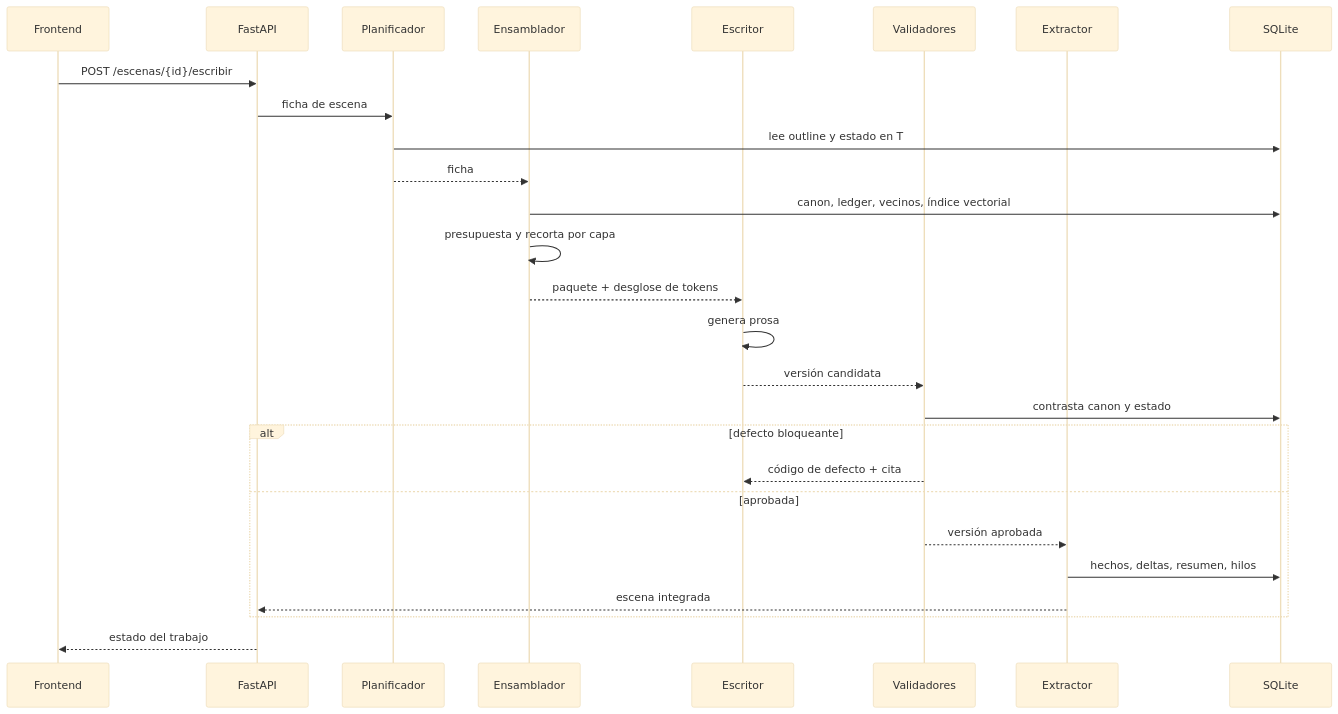
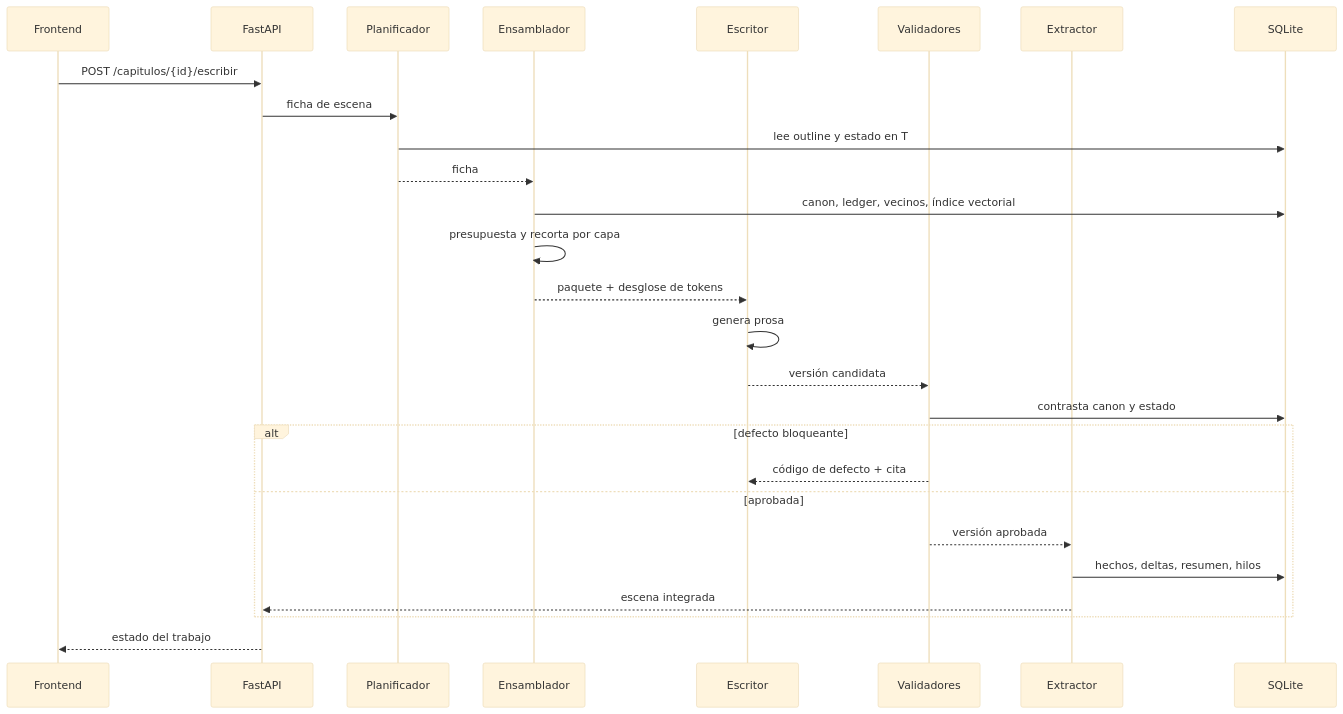
Before and after one commit to maujimenez4/ciberpunk-storymaker: the seventh of 7 diagrams in docs/architecture.md, drawn with Mermaid (base theme). The commit also changed other lines of this file and 1 other file, not shown here.

````diff
--- a/docs/architecture.md
+++ b/docs/architecture.md
@@ -834,30 +837,30 @@
 ```mermaid
 sequenceDiagram
   participant FE as Frontend
   participant API as FastAPI
   participant PL as Planificador
   participant EN as Ensamblador
   participant ES as Escritor
   participant VA as Validadores
   participant EX as Extractor
   participant DB as SQLite
 
-  FE->>API: POST /escenas/{id}/escribir
+  FE->>API: POST /capitulos/{id}/escribir
   API->>PL: ficha de escena
   PL->>DB: lee outline y estado en T
   PL-->>EN: ficha
   EN->>DB: canon, ledger, vecinos, índice vectorial
   EN->>EN: presupuesta y recorta por capa
   EN-->>ES: paquete + desglose de tokens
   ES->>ES: genera prosa
   ES-->>VA: versión candidata
   VA->>DB: contrasta canon y estado
   alt defecto bloqueante
     VA-->>ES: código de defecto + cita
   else aprobada
     VA-->>EX: versión aprobada
     EX->>DB: hechos, deltas, resumen, hilos
     EX-->>API: escena integrada
   end
   API-->>FE: estado del trabajo
 ```
````
